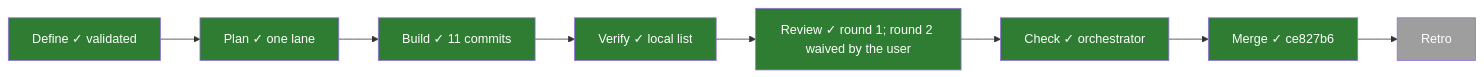
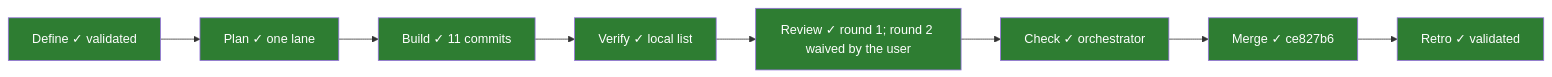
The first of 2 diagrams in .task/021-app-fragment.md (PaliCanon/search-front), drawn with Mermaid before and after one commit. The commit also changed other lines of this file, not shown here.

Commit message:
chore(task): 021 retro validated

````diff
--- a/.task/021-app-fragment.md
+++ b/.task/021-app-fragment.md
@@ -12,7 +12,7 @@
 ```mermaid
 flowchart LR
-  Define["Define ✓ validated"]:::done --> Plan["Plan ✓ one lane"]:::done --> Build["Build ✓ 11 commits"]:::done --> Verify["Verify ✓ local list"]:::done --> Review["Review ✓ round 1; round 2 waived by the user"]:::done --> Check["Check ✓ orchestrator"]:::done --> Merge["Merge ✓ ce827b6"]:::done --> Retro:::todo
+  Define["Define ✓ validated"]:::done --> Plan["Plan ✓ one lane"]:::done --> Build["Build ✓ 11 commits"]:::done --> Verify["Verify ✓ local list"]:::done --> Review["Review ✓ round 1; round 2 waived by the user"]:::done --> Check["Check ✓ orchestrator"]:::done --> Merge["Merge ✓ ce827b6"]:::done --> Retro["Retro ✓ validated"]:::done
   classDef doing fill:#f9a825,color:#000
   classDef done fill:#2e7d32,color:#fff
   classDef todo fill:#9e9e9e,color:#fff
 ```
````
